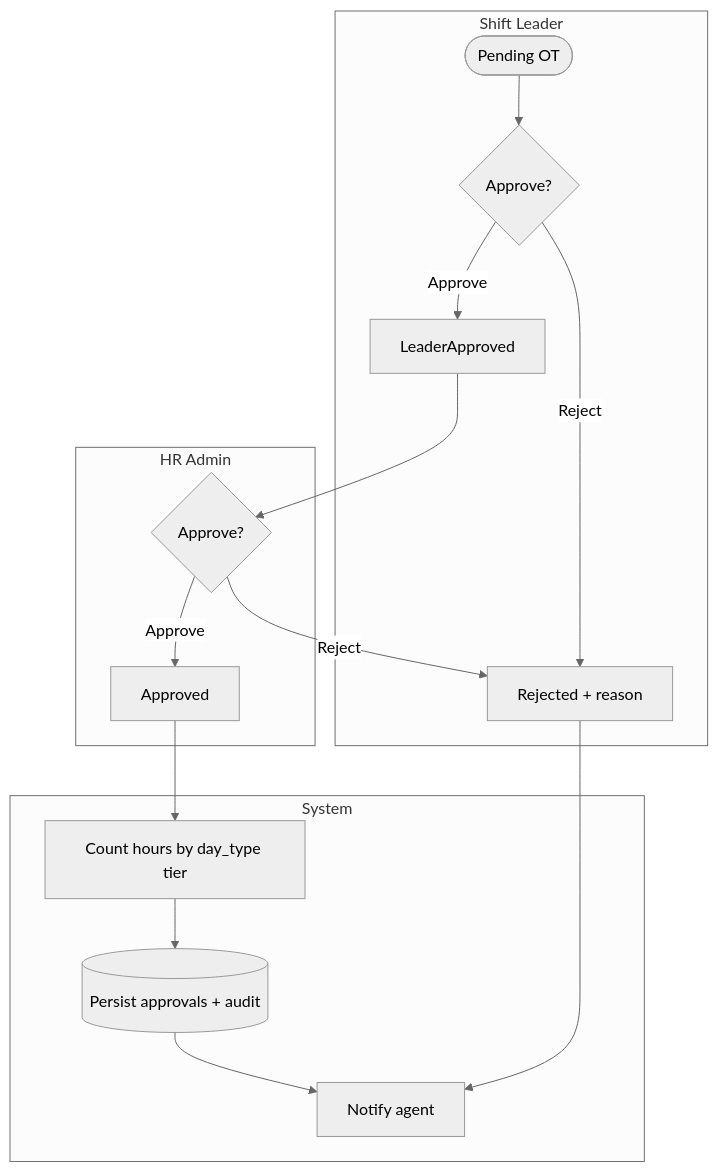
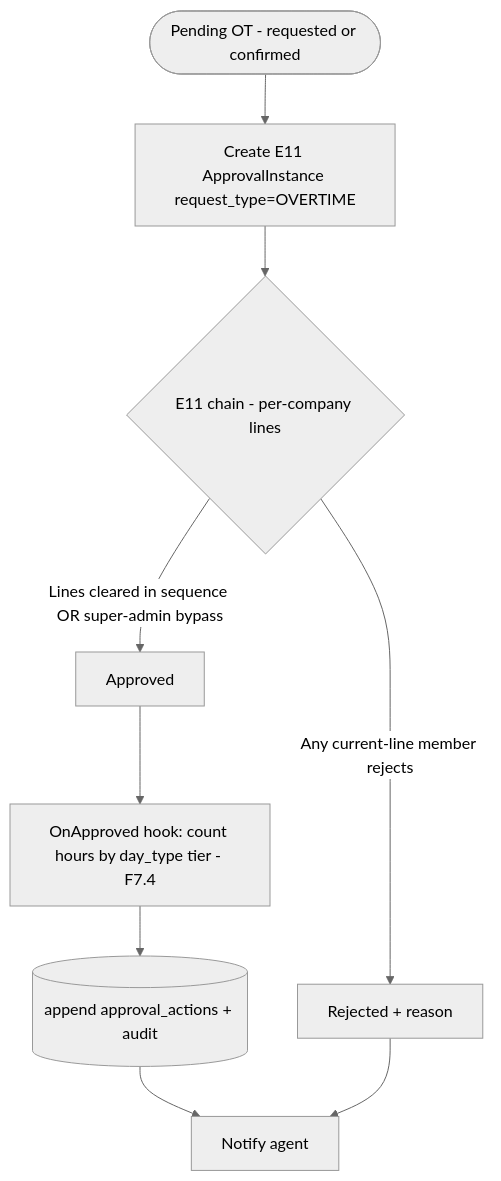
The fourth of 5 diagrams in docs/epics/E7-overtime/FEATURE.md (hariszaki17/hris-outsource), drawn with Mermaid (neutral theme) before and after one commit. The commit also changed other lines of this file and 227 other files, not shown here.

First line of the commit message:
feat(e11)!: rework approval system into a configurable per-company engine

````diff
--- a/docs/epics/E7-overtime/FEATURE.md
+++ b/docs/epics/E7-overtime/FEATURE.md
@@ -155,19 +152,11 @@
 ```mermaid
 flowchart TD
-    subgraph SL[Shift Leader]
-        L1([Pending OT]) --> L2{Approve?}
-        L2 -- Reject --> R1[Rejected + reason]
-        L2 -- Approve --> L3[LeaderApproved]
-    end
-    subgraph HR[HR Admin]
-        L3 --> H1{Approve?}
-        H1 -- Reject --> R1
-        H1 -- Approve --> H2[Approved]
-    end
-    subgraph SYS[System]
-        H2 --> S1[Count hours by day_type tier]
-        S1 --> S2[(Persist approvals + audit)]
-        S2 --> S3[Notify agent]
-        R1 --> S3
-    end
+    C0([Pending OT - requested or confirmed]) --> E0[Create E11 ApprovalInstance request_type=OVERTIME]
+    E0 --> E1{E11 chain - per-company lines}
+    E1 -- "Any current-line member rejects" --> R1[Rejected + reason]
+    E1 -- "Lines cleared in sequence OR super-admin bypass" --> A1[Approved]
+    A1 --> S1[OnApproved hook: count hours by day_type tier - F7.4]
+    S1 --> S2[(append approval_actions + audit)]
+    S2 --> S3[Notify agent]
+    R1 --> S3
 ```
````
